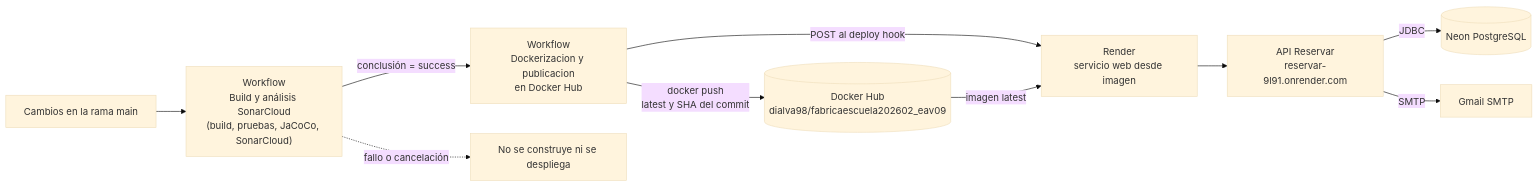
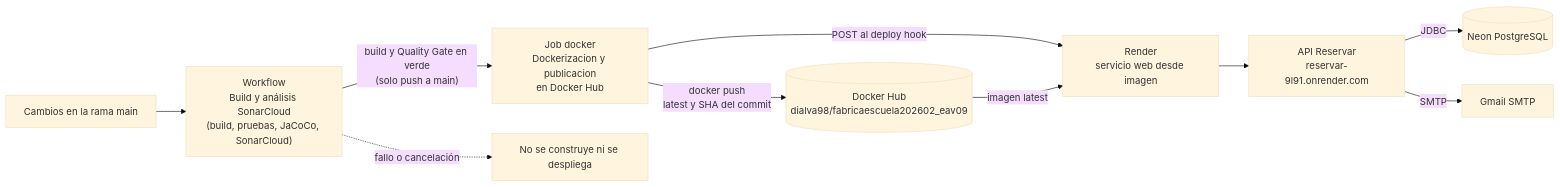
One commit to FabricaEscuela20262-EAV09/FabricaEscuela202602_EAV09 changed the seventh of 7 diagrams in README.md. Above: the diagram before and after it, drawn with Mermaid (base theme). The commit also changed other lines of this file and 3 other files, not shown here.

First line of the commit message:
fix(ci): Quality Gate en verde: workflow de Docker sin vulnerabilidades y gate obligatorio

````diff
--- a/README.md
+++ b/README.md
@@ -619,12 +619,12 @@
 ```mermaid
 flowchart LR
     Dev["Cambios en la rama main"] --> CI["Workflow<br/>Build y análisis SonarCloud<br/>(build, pruebas, JaCoCo, SonarCloud)"]
-    CI -->|"conclusión = success"| CD["Workflow<br/>Dockerizacion y publicacion<br/>en Docker Hub"]
+    CI -->|"build y Quality Gate en verde<br/>(solo push a main)"| CD["Job docker<br/>Dockerizacion y publicacion<br/>en Docker Hub"]
     CI -.->|"fallo o cancelación"| Stop["No se construye ni se despliega"]
     CD -->|"docker push<br/>latest y SHA del commit"| DH[("Docker Hub<br/>dialva98/fabricaescuela202602_eav09")]
     CD -->|"POST al deploy hook"| R["Render<br/>servicio web desde imagen"]
     DH -->|"imagen latest"| R
     R --> API["API Reservar<br/>reservar-9l91.onrender.com"]
     API -->|"JDBC"| Neon[("Neon PostgreSQL")]
     API -->|"SMTP"| Gmail["Gmail SMTP"]
 ```
````
